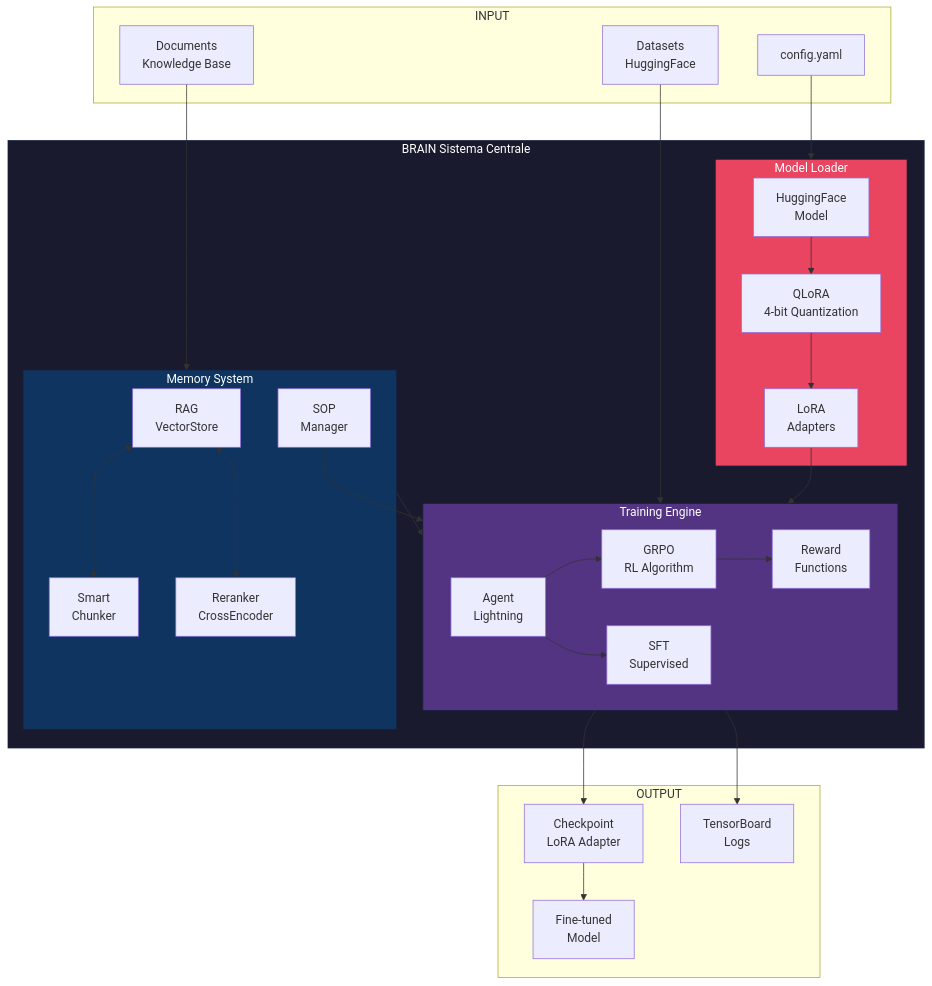
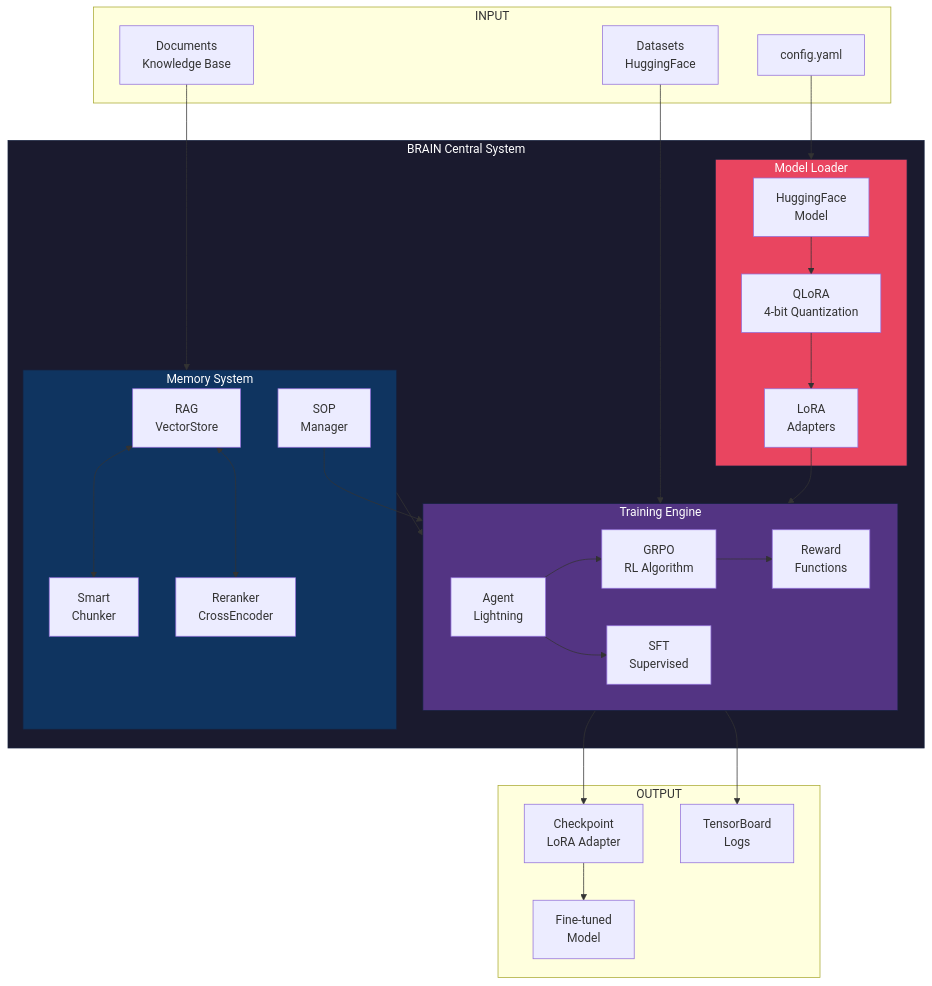
The first of 13 diagrams in DIAGRAMS.md (SandroHub013/ALCHEMY), drawn with Mermaid before and after one commit. The commit also changed other lines of this file and 12 other files, not shown here.

````diff
--- a/DIAGRAMS.md
+++ b/DIAGRAMS.md
@@ -11,61 +11,61 @@
 ```mermaid
 flowchart TB
     subgraph INPUT["INPUT"]
         CONFIG["config.yaml"]
         DATASETS["Datasets<br/>HuggingFace"]
         DOCS["Documents<br/>Knowledge Base"]
     end
 
-    subgraph BRAIN["BRAIN Sistema Centrale"]
+    subgraph BRAIN["BRAIN Central System"]
         subgraph LOADER["Model Loader"]
             HF["HuggingFace<br/>Model"]
             QUANT["QLoRA<br/>4-bit Quantization"]
             LORA["LoRA<br/>Adapters"]
         end
         
         subgraph MEMORY["Memory System"]
             RAG["RAG<br/>VectorStore"]
             CHUNK["Smart<br/>Chunker"]
             SOP["SOP<br/>Manager"]
             RERANK["Reranker<br/>CrossEncoder"]
         end
         
         subgraph TRAINING["Training Engine"]
             AGENT["Agent<br/>Lightning"]
             GRPO["GRPO<br/>RL Algorithm"]
             REWARD["Reward<br/>Functions"]
             SFT["SFT<br/>Supervised"]
         end
     end
 
     subgraph OUTPUT["OUTPUT"]
         CKPT["Checkpoint<br/>LoRA Adapter"]
         LOGS["TensorBoard<br/>Logs"]
         MODEL["Fine-tuned<br/>Model"]
     end
 
     CONFIG --> LOADER
     DATASETS --> TRAINING
     DOCS --> MEMORY
 
     HF --> QUANT --> LORA
     LORA --> TRAINING
     
     MEMORY --> TRAINING
     RAG <--> CHUNK
     RAG <--> RERANK
     SOP --> TRAINING
     
     AGENT --> GRPO
     AGENT --> SFT
     GRPO --> REWARD
     
     TRAINING --> CKPT
     TRAINING --> LOGS
     CKPT --> MODEL
 
     style BRAIN fill:#1a1a2e,stroke:#16213e,color:#fff
     style MEMORY fill:#0f3460,stroke:#16213e,color:#fff
     style TRAINING fill:#533483,stroke:#16213e,color:#fff
     style LOADER fill:#e94560,stroke:#16213e,color:#fff
 ```
````
